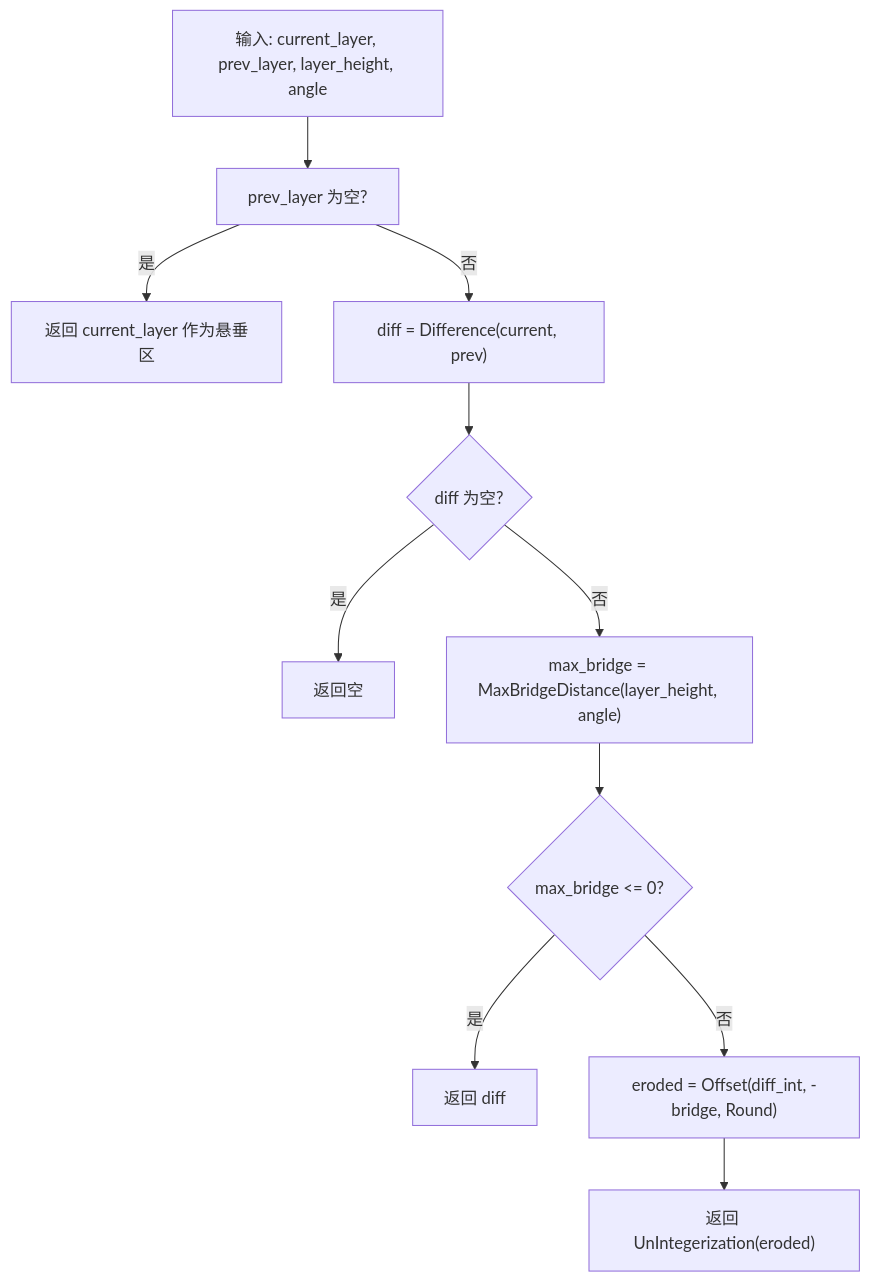
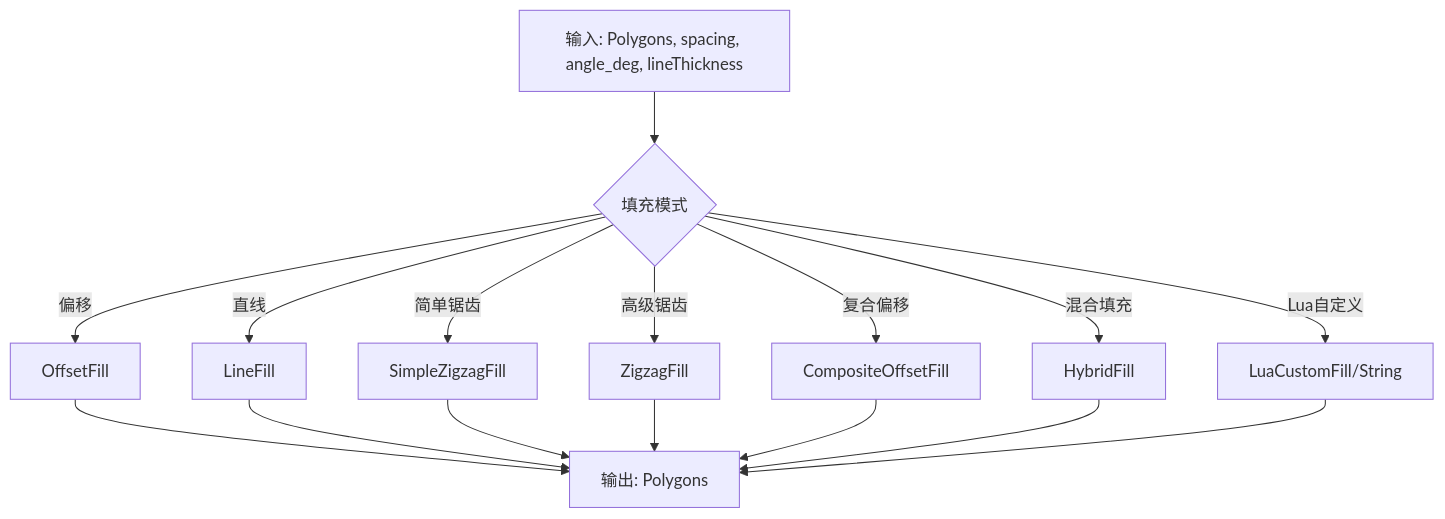
The fifth of 8 diagrams in .qoder/repowiki/zh/content/核心模块详解/核心模块详解.md (hsmbanlance/HsBaSlicer), drawn with Mermaid before and after one commit. The commit also changed other lines of this file and 1135 other files, not shown here.

````diff
--- a/.qoder/repowiki/zh/content/核心模块详解/核心模块详解.md
+++ b/.qoder/repowiki/zh/content/核心模块详解/核心模块详解.md
@@ -233,13 +297,18 @@
 ```mermaid
 flowchart TD
-A["输入: current_layer, prev_layer, layer_height, angle"] --> B["prev_layer 为空?"]
-B --> |是| C["返回 current_layer 作为悬垂区"]
-B --> |否| D["diff = Difference(current, prev)"]
-D --> E{"diff 为空?"}
-E --> |是| F["返回空"]
-E --> |否| G["max_bridge = MaxBridgeDistance(layer_height, angle)"]
-G --> H{"max_bridge <= 0?"}
-H --> |是| I["返回 diff"]
-H --> |否| J["eroded = Offset(diff_int, -bridge, Round)"]
-J --> K["返回 UnIntegerization(eroded)"]
+In["输入: Polygons, spacing, angle_deg, lineThickness"] --> Mode{"填充模式"}
+Mode --> |偏移| OF["OffsetFill"]
+Mode --> |直线| LF["LineFill"]
+Mode --> |简单锯齿| SZ["SimpleZigzagFill"]
+Mode --> |高级锯齿| ZF["ZigzagFill"]
+Mode --> |复合偏移| CO["CompositeOffsetFill"]
+Mode --> |混合填充| HF["HybridFill"]
+Mode --> |Lua自定义| LC["LuaCustomFill/String"]
+OF --> Out["输出: Polygons"]
+LF --> Out
+SZ --> Out
+ZF --> Out
+CO --> Out
+HF --> Out
+LC --> Out
 ```
````
